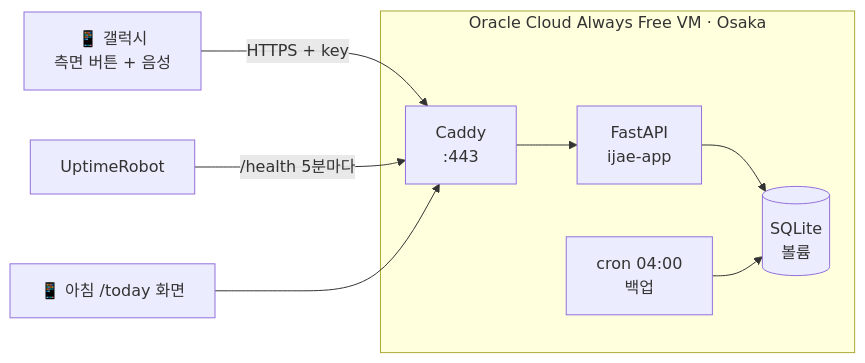
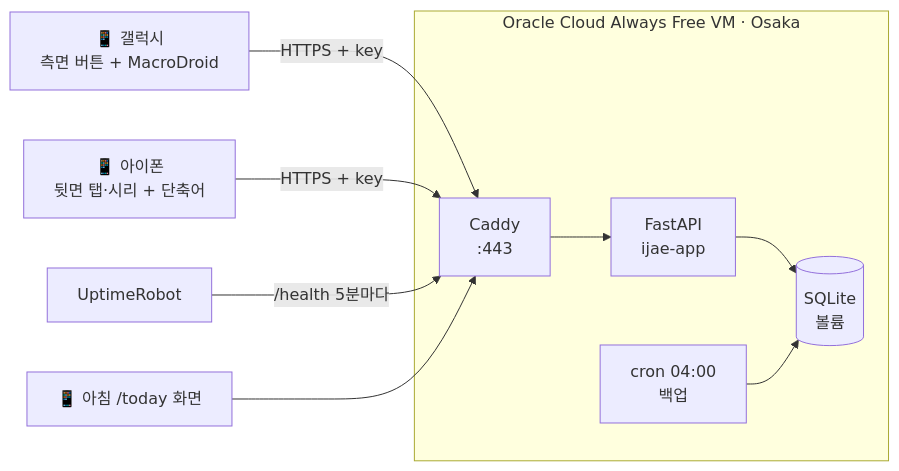
One commit to chaneee93/voice-feeding-log changed the diagram in README.md. Above: the diagram before and after it, drawn with Mermaid. The commit also changed other lines of this file, not shown here.

Commit message:
docs: 아이폰 단축어 지원, 트러블슈팅, 실사용 인사이트 추가

````diff
--- a/README.md
+++ b/README.md
@@ -20,11 +22,12 @@
 ```mermaid
 flowchart LR
-    A[📱 갤럭시<br/>측면 버튼 + 음성] -->|HTTPS + key| B[Caddy<br/>:443]
+    A[📱 갤럭시<br/>측면 버튼 + MacroDroid] -->|HTTPS + key| B[Caddy<br/>:443]
+    H[📱 아이폰<br/>뒷면 탭·시리 + 단축어] -->|HTTPS + key| B
     subgraph OCI[Oracle Cloud Always Free VM · Osaka]
       B --> C[FastAPI<br/>ijae-app]
       C --> D[(SQLite<br/>볼륨)]
       E[cron 04:00<br/>백업] --> D
     end
     F[UptimeRobot] -->|/health 5분마다| B
     G[📱 아침 /today 화면] --> B
 ```
````
